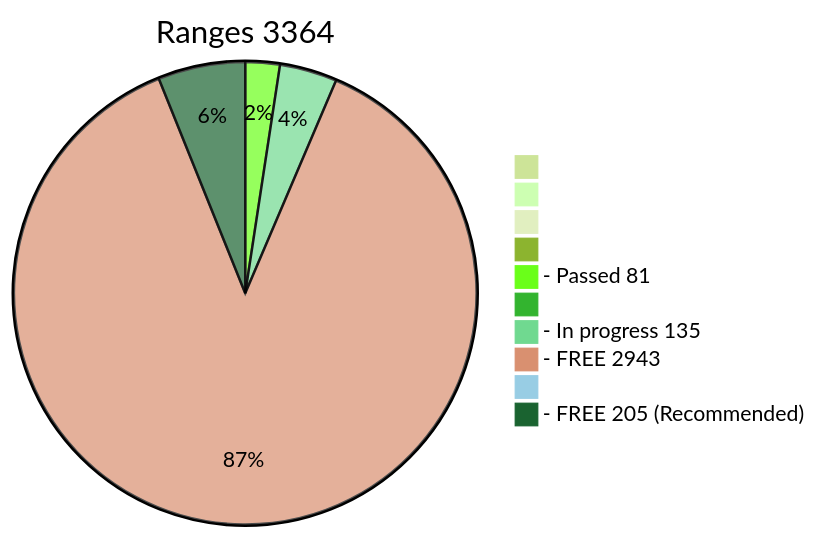
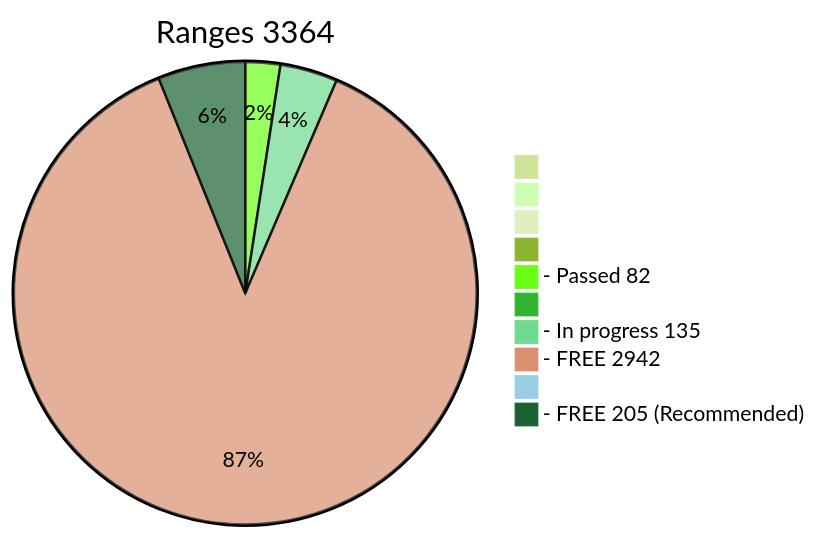
One commit to phrutis/wif500 changed the diagram in x64/Release/table.md. Above: the diagram before and after it, drawn with Mermaid (forest theme). The commit also changed other lines of this file, not shown here.

````diff
--- a/x64/Release/table.md
+++ b/x64/Release/table.md
@@ -3,13 +3,13 @@
 ```mermaid
 pie title Ranges 3364
   " " : 0
   "  " : 0
   "   " : 0
   "    " : 0
-  "- Passed 81" : 81
+  "- Passed 82" : 82
   "     " : 0
   "- In progress 135" : 135
-  "- FREE 2943" : 2943
+  "- FREE 2942" : 2942
   "      " : 0
   "- FREE 205 (Recommended)" : 205
 ```
````
